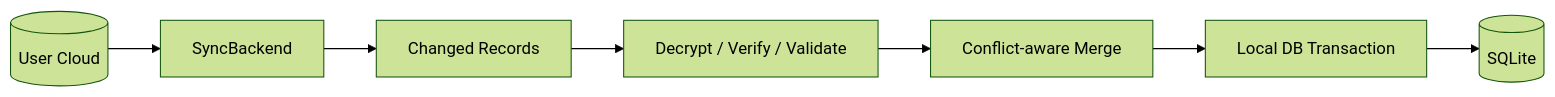
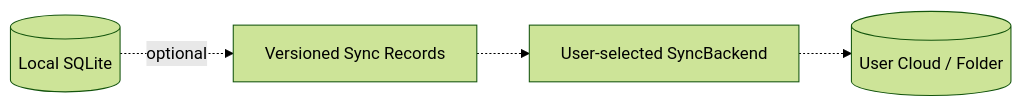
One commit to aaditya140103/kola changed the tenth of 11 diagrams in docs/PROJECT_GRAPH.md. Above: the diagram before and after it, drawn with Mermaid (forest theme). The commit also changed other lines of this file, not shown here.

Commit message:
docs: update compact architecture graph for pdf reader

````diff
--- a/docs/PROJECT_GRAPH.md
+++ b/docs/PROJECT_GRAPH.md
@@ -394,12 +236,9 @@
 ```mermaid
 flowchart LR
-    Remote[(User Cloud)]
-    Backend[SyncBackend]
-    Download[Changed Records]
-    Verify[Decrypt / Verify / Validate]
-    Merge[Conflict-aware Merge]
-    Tx[Local DB Transaction]
-    DB[(SQLite)]
+    DB[(Local SQLite)]
+    Projection[Versioned Sync Records]
+    Backend[User-selected SyncBackend]
+    Cloud[(User Cloud / Folder)]
 
-    Remote --> Backend --> Download --> Verify --> Merge --> Tx --> DB
+    DB -. optional .-> Projection -.-> Backend -.-> Cloud
 ```
````
